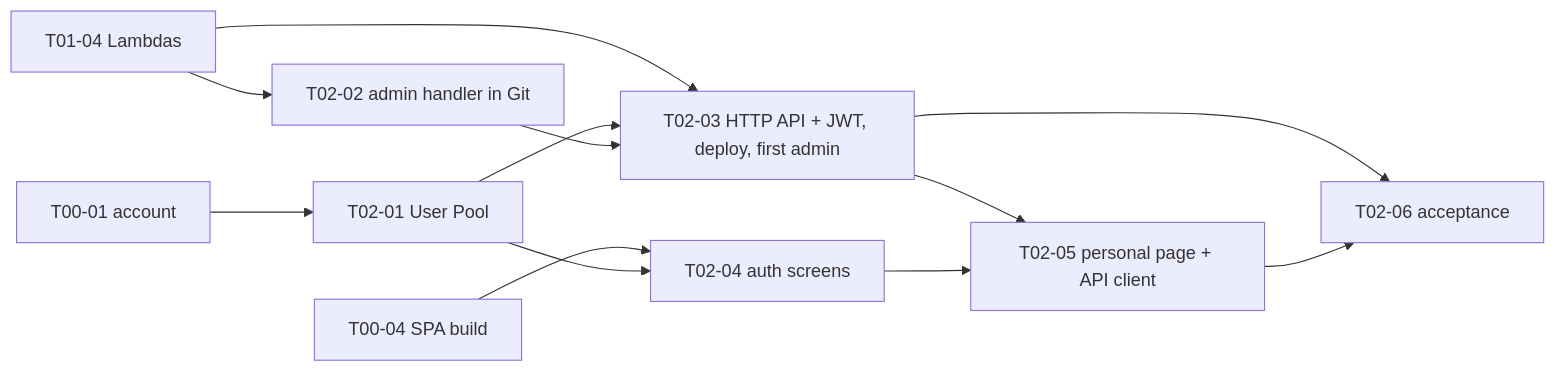
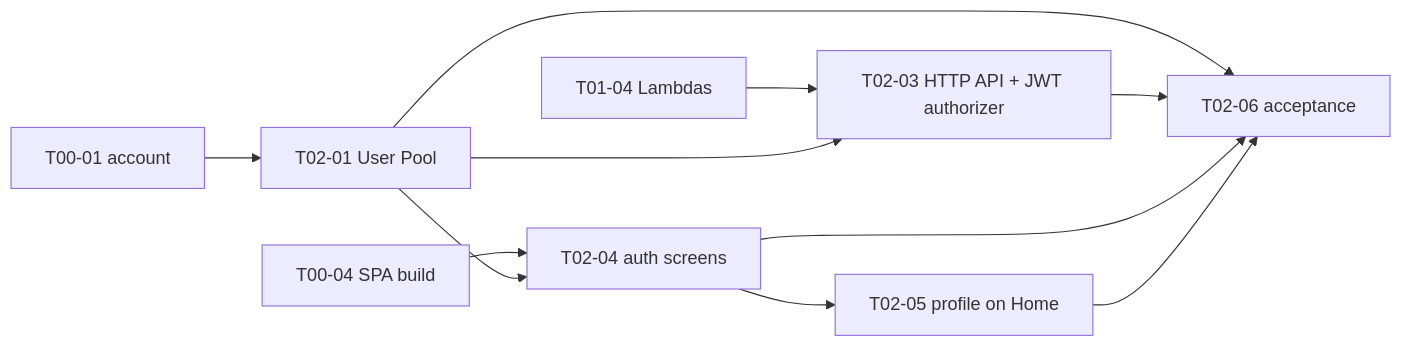
The second of 2 diagrams in docs/PLAN.md (maxim-semenko/aws_challenge), drawn with Mermaid before and after one commit. The commit also changed other lines of this file and 24 other files, not shown here.

First line of the commit message:
docs: re-scope Week 2 to auth + HTTP API JWT; record API evidence

````diff
--- a/docs/PLAN.md
+++ b/docs/PLAN.md
@@ -46,14 +46,13 @@
 ```mermaid
 flowchart LR
     T0001[T00-01 account] --> T0201[T02-01 User Pool]
-    T0104[T01-04 Lambdas] --> T0202[T02-02 admin handler in Git]
-    T0104 --> T0203
-    T0201 --> T0203[T02-03 HTTP API + JWT, deploy, first admin]
-    T0202 --> T0203
+    T0104[T01-04 Lambdas] --> T0203
+    T0201 --> T0203[T02-03 HTTP API + JWT authorizer]
     T0004[T00-04 SPA build] --> T0204[T02-04 auth screens]
     T0201 --> T0204
-    T0203 --> T0205[T02-05 personal page + API client]
-    T0204 --> T0205
-    T0203 --> T0206[T02-06 acceptance]
+    T0204 --> T0205[T02-05 profile on Home]
+    T0201 --> T0206[T02-06 acceptance]
+    T0203 --> T0206
+    T0204 --> T0206
     T0205 --> T0206
 ```
````
